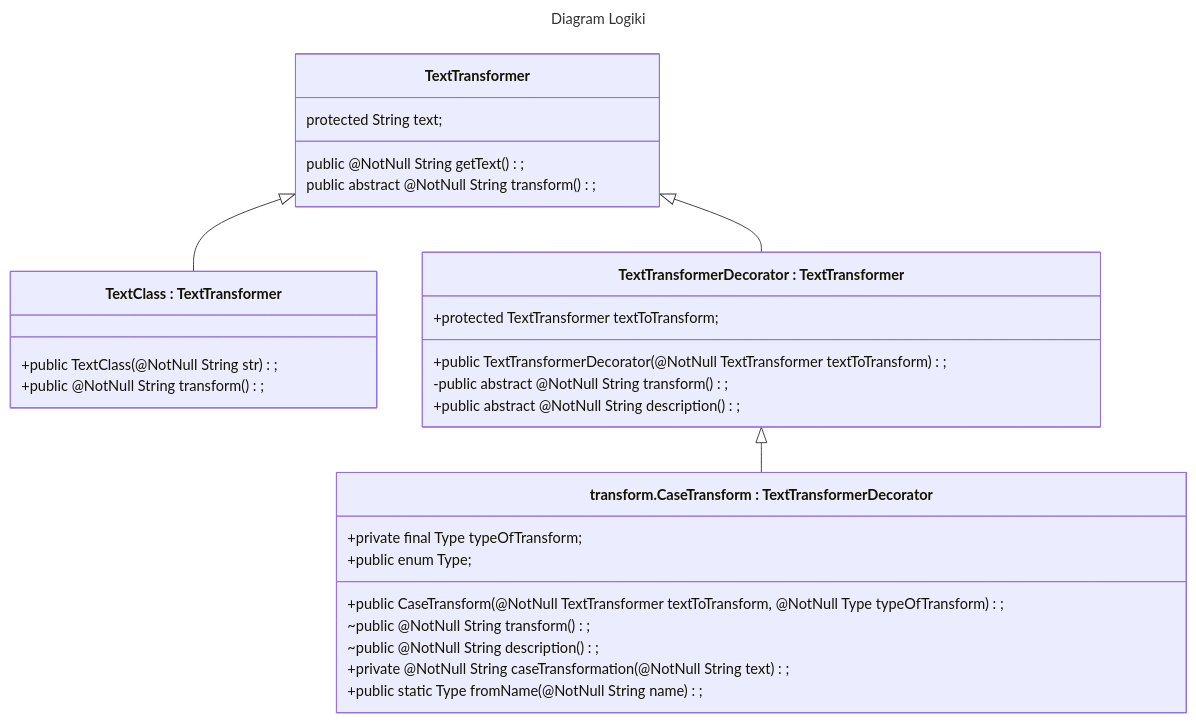
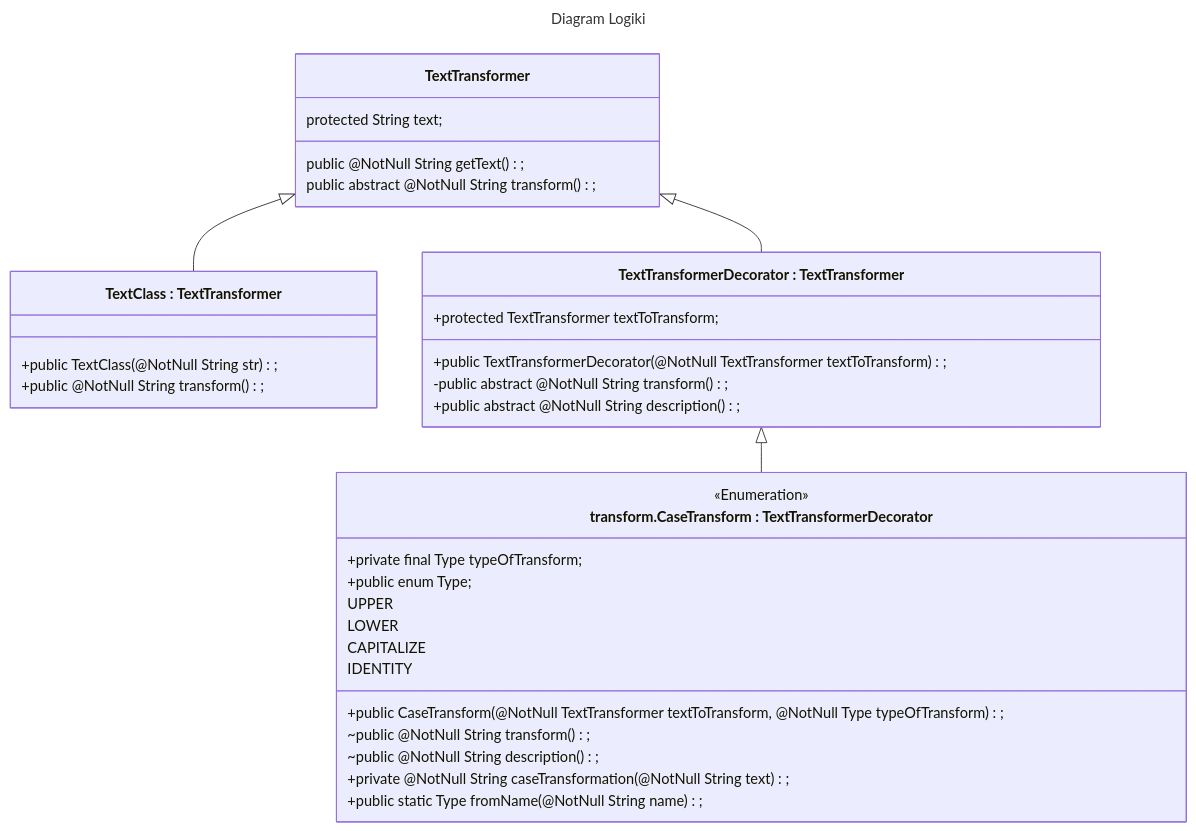
Before and after one commit to Dashrek/SK2_R_P_S: the diagram in exampleclass.md, drawn with Mermaid.

````diff
--- a/exampleclass.md
+++ b/exampleclass.md
@@ -2,35 +2,39 @@
 ```mermaid
 ---
 title: Diagram Logiki
 
 ---
 classDiagram
   class TextTransformer {
     protected String text;
     public @NotNull String getText();
     public abstract @NotNull String transform();
   }
   class TextClass["TextClass : TextTransformer"] {
     +public TextClass(@NotNull String str);
     +public @NotNull String transform();
   }
   class TextTransformerDecorator["TextTransformerDecorator : TextTransformer"] {
     +protected TextTransformer textToTransform;
     +public TextTransformerDecorator(@NotNull TextTransformer textToTransform);
     -public abstract @NotNull String transform();
     +public abstract @NotNull String description();
   }
   class CaseTransform["transform.CaseTransform : TextTransformerDecorator"] {
     +private final Type typeOfTransform;
     +public CaseTransform(@NotNull TextTransformer textToTransform, @NotNull Type typeOfTransform);
     ~public @NotNull String transform();
     ~public @NotNull String description();
     +private @NotNull String caseTransformation(@NotNull String text);
     +public static Type fromName(@NotNull String name);
     +public enum Type;
-    
-  }
+    <<Enumeration>>
+    UPPER
+    LOWER
+    CAPITALIZE
+    IDENTITY
+}
   TextTransformer <|-- TextTransformerDecorator
   TextTransformer <|-- TextClass
   TextTransformerDecorator <|-- CaseTransform
 ```
````
